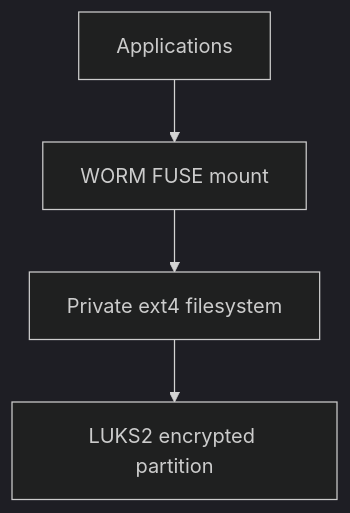
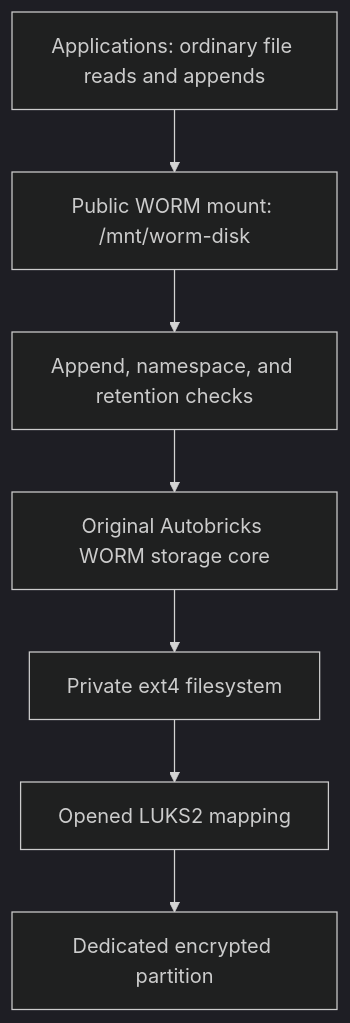
One commit to pregene/autobricks-worm-disk changed the first of 2 diagrams in README.md. Above: the diagram before and after it, drawn with Mermaid (dark theme). The commit also changed other lines of this file, not shown here.

Commit message:
Explain appendable WORM benefits and encrypted disk features

````diff
--- a/README.md
+++ b/README.md
@@ -39,6 +70,9 @@
 ```mermaid
 flowchart TD
-    A["Applications"] --> F["WORM FUSE mount"]
-    F --> S["Private ext4 filesystem"]
-    S --> L["LUKS2 encrypted partition"]
+    App["Applications: ordinary file reads and appends"] --> Mount["Public WORM mount: /mnt/worm-disk"]
+    Mount --> Policy["Append, namespace, and retention checks"]
+    Policy --> Store["Original Autobricks WORM storage core"]
+    Store --> FS["Private ext4 filesystem"]
+    FS --> Mapping["Opened LUKS2 mapping"]
+    Mapping --> Disk["Dedicated encrypted partition"]
 ```
````
